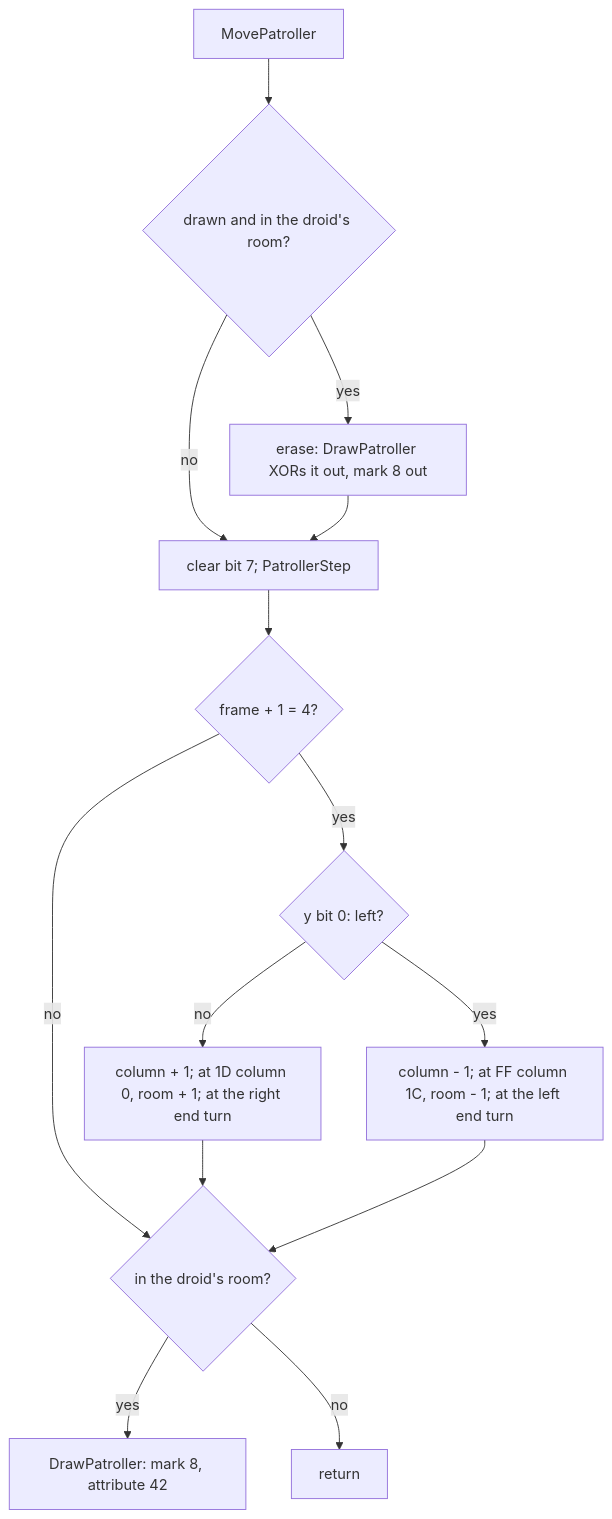
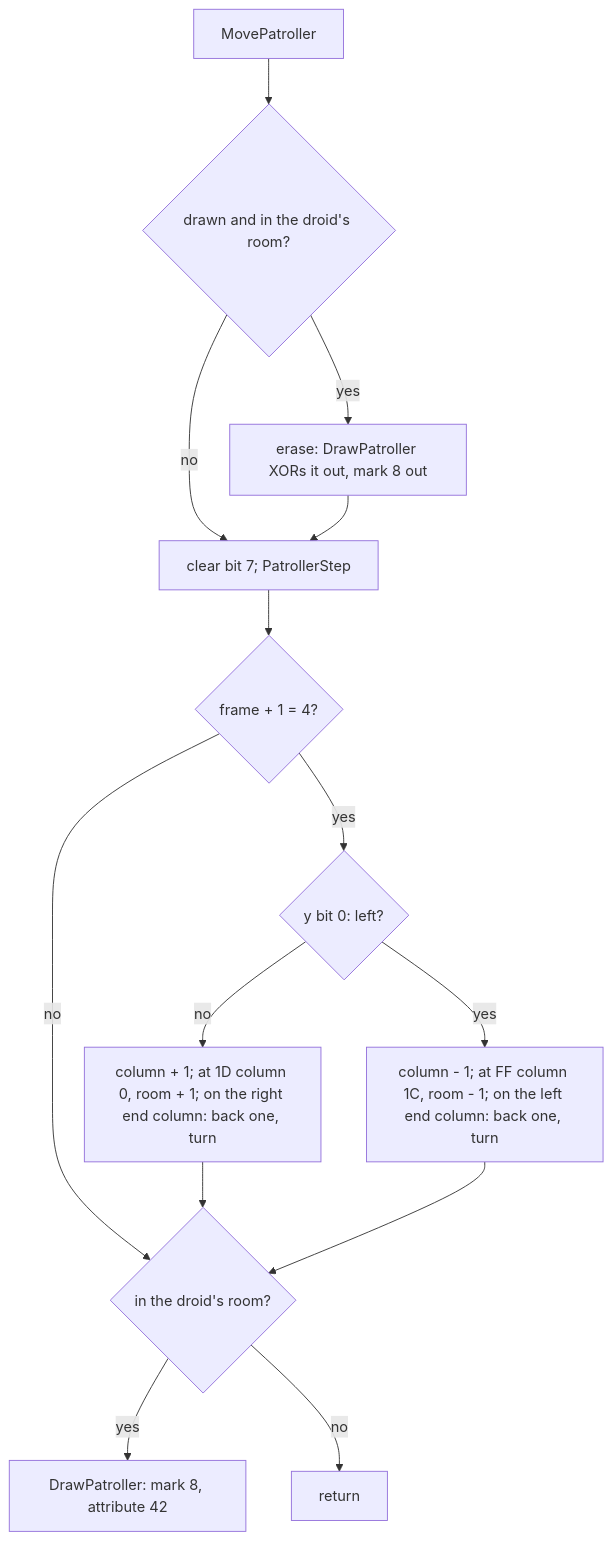
Diagram 11 of 14 in games/tujad/docs/07-objects.md (alfishe/unrealng-reverse-cases), drawn with Mermaid before and after one commit. The commit also changed other lines of this file and 44 other files, not shown here.

````diff
--- a/games/tujad/docs/07-objects.md
+++ b/games/tujad/docs/07-objects.md
@@ -880,16 +943,16 @@
 ```mermaid
 flowchart TD
     A[MovePatroller] --> B{drawn and in the droid's room?}
     B -- yes --> C[erase: DrawPatroller XORs it out, mark 8 out]
     B -- no --> D
     C --> D[clear bit 7; PatrollerStep]
     D --> F{frame + 1 = 4?}
     F -- no --> G
     F -- yes --> H{y bit 0: left?}
-    H -- no --> RT[column + 1; at 1D column 0, room + 1; at the right end turn]
-    H -- yes --> LT[column - 1; at FF column 1C, room - 1; at the left end turn]
+    H -- no --> RT[column + 1; at 1D column 0, room + 1; on the right end column: back one, turn]
+    H -- yes --> LT[column - 1; at FF column 1C, room - 1; on the left end column: back one, turn]
     RT --> G{in the droid's room?}
     LT --> G
     G -- yes --> DR[DrawPatroller: mark 8, attribute 42]
     G -- no --> R[return]
 ```
````
